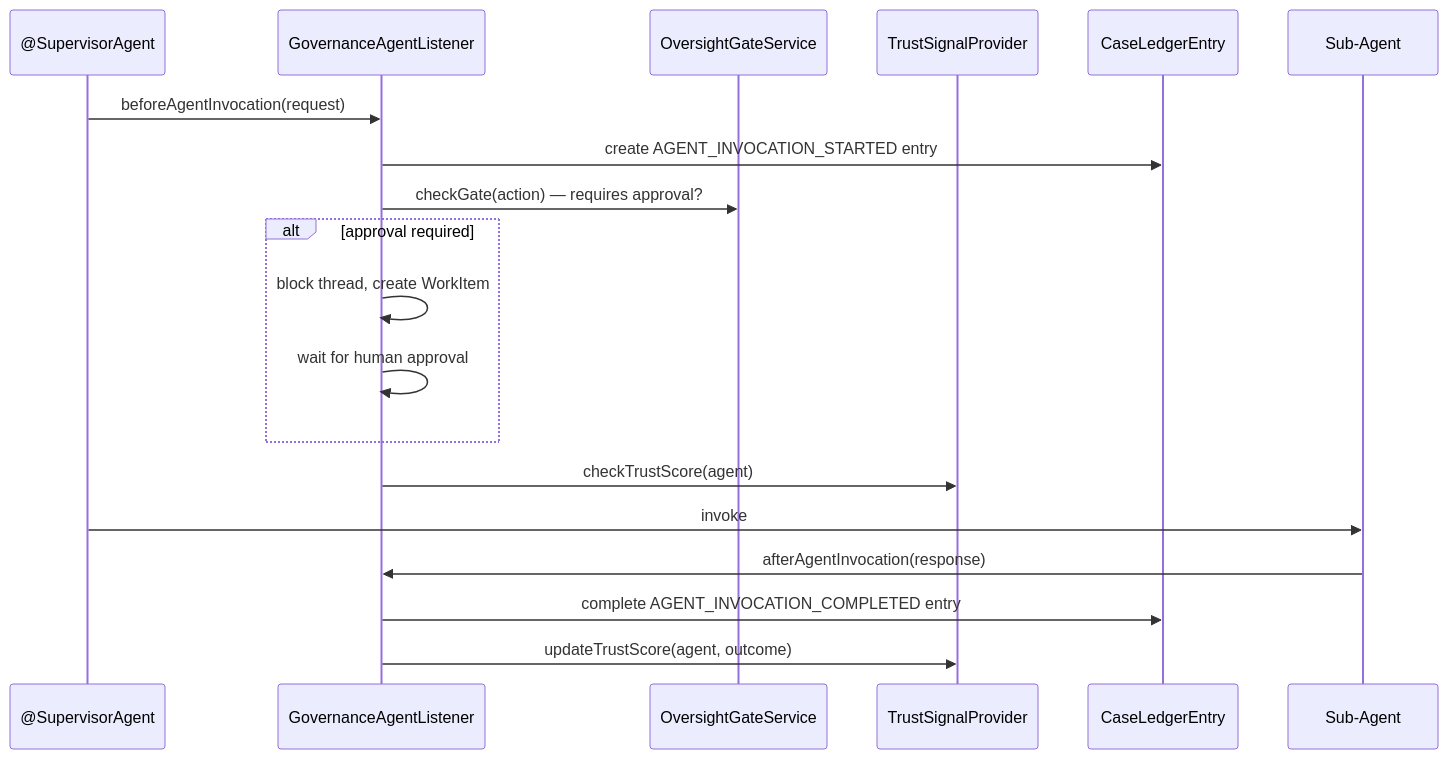
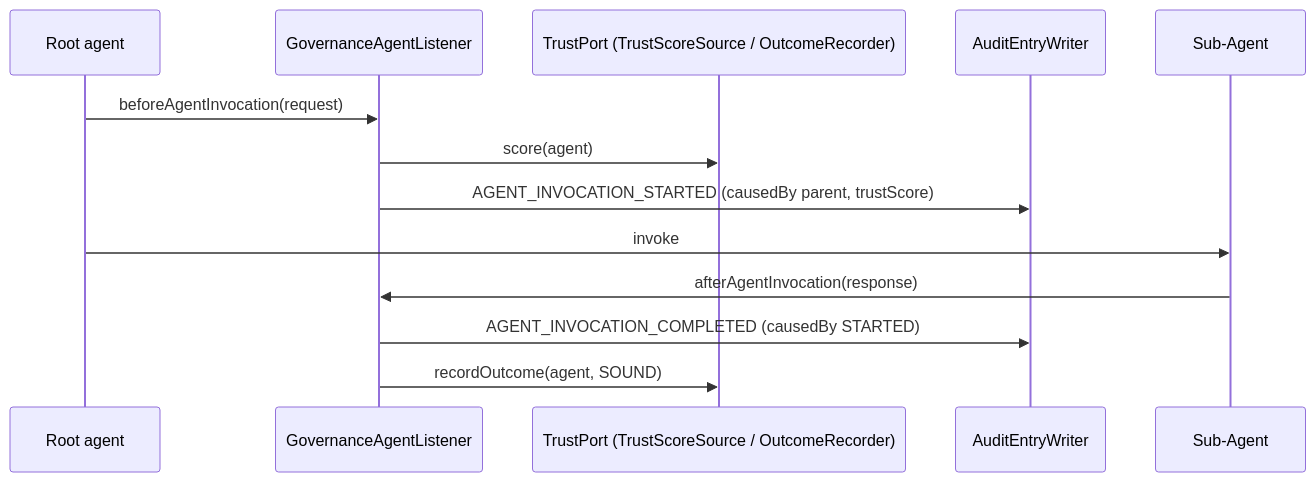
Before and after one commit to casehubio/casehub-langchain4j: the fourth of 6 diagrams in ARC42STORIES.MD, drawn with Mermaid. The commit also changed other lines of this file and 5 other files, not shown here.

````diff
--- a/ARC42STORIES.MD
+++ b/ARC42STORIES.MD
@@ -214,22 +223,16 @@
 ```mermaid
 sequenceDiagram
-  participant Supervisor as @SupervisorAgent
+  participant Supervisor as Root agent
   participant GL as GovernanceAgentListener
-  participant Gate as OversightGateService
-  participant Trust as TrustSignalProvider
-  participant Ledger as CaseLedgerEntry
+  participant Trust as TrustPort (TrustScoreSource / OutcomeRecorder)
+  participant Writer as AuditEntryWriter
   participant Agent as Sub-Agent
 
   Supervisor->>GL: beforeAgentInvocation(request)
-  GL->>Ledger: create AGENT_INVOCATION_STARTED entry
-  GL->>Gate: checkGate(action) — requires approval?
-  alt approval required
-    GL->>GL: block thread, create WorkItem
-    GL->>GL: wait for human approval
-  end
-  GL->>Trust: checkTrustScore(agent)
+  GL->>Trust: score(agent)
+  GL->>Writer: AGENT_INVOCATION_STARTED (causedBy parent, trustScore)
   Supervisor->>Agent: invoke
   Agent->>GL: afterAgentInvocation(response)
-  GL->>Ledger: complete AGENT_INVOCATION_COMPLETED entry
-  GL->>Trust: updateTrustScore(agent, outcome)
+  GL->>Writer: AGENT_INVOCATION_COMPLETED (causedBy STARTED)
+  GL->>Trust: recordOutcome(agent, SOUND)
 ```
````
